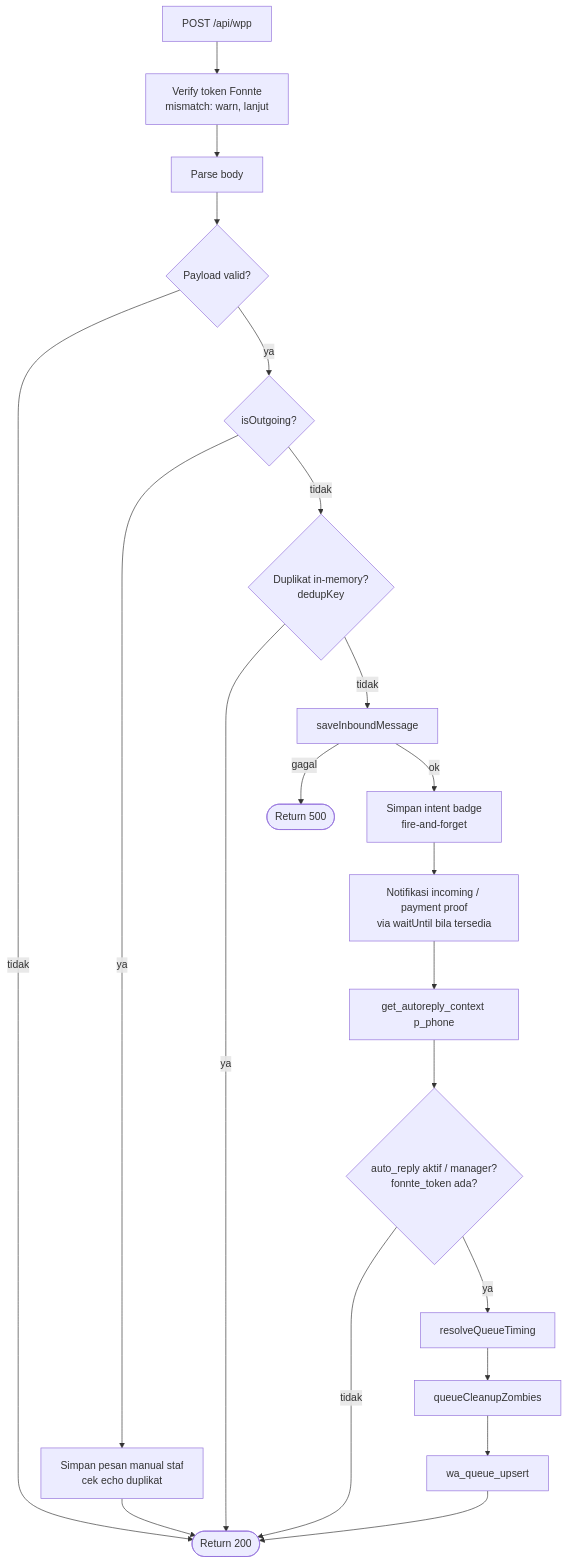
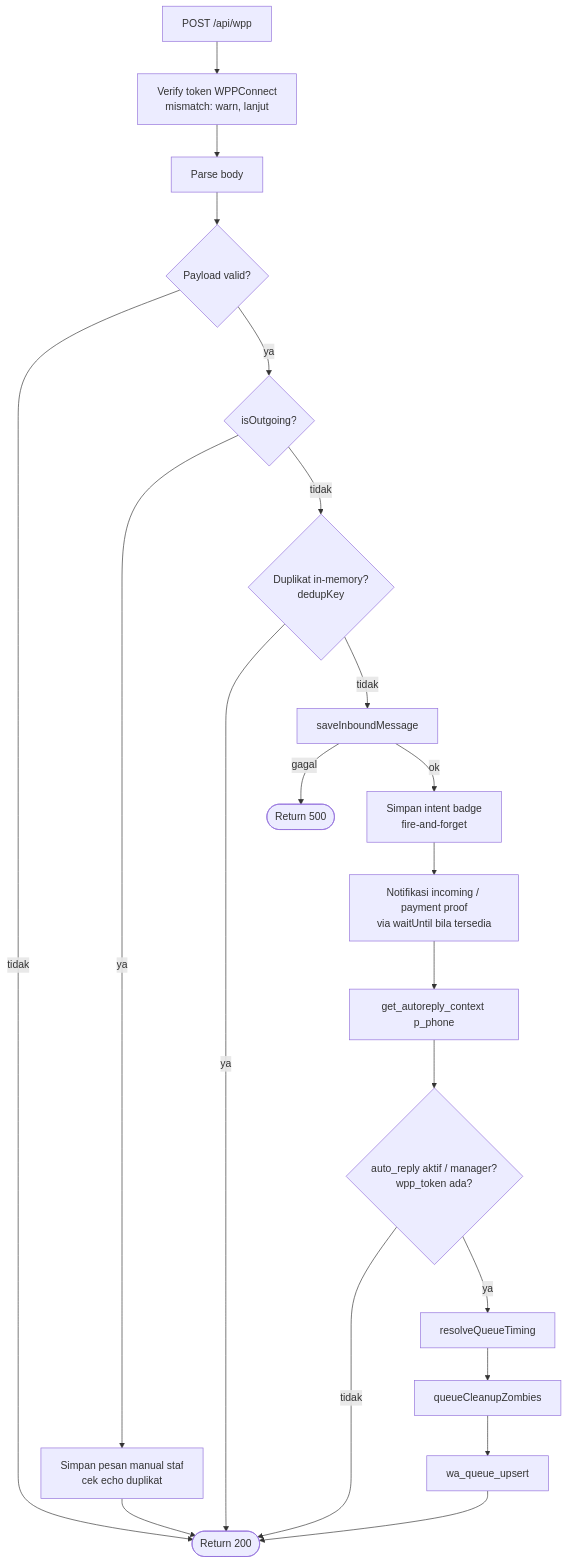
The first of 6 diagrams in docs/chatbot-flow.md (pomahguesthouse-cyber/new-pomah), drawn with Mermaid before and after one commit. The commit also changed other lines of this file and 1 other file, not shown here.

````diff
--- a/docs/chatbot-flow.md
+++ b/docs/chatbot-flow.md
@@ -16,22 +16,22 @@
 ```mermaid
 flowchart TD
-    A[POST /api/wpp] --> B[Verify token Fonnte<br/>mismatch: warn, lanjut]
+    A[POST /api/wpp] --> B[Verify token WPPConnect<br/>mismatch: warn, lanjut]
     B --> C[Parse body]
     C --> D{Payload valid?}
     D -- tidak --> Z([Return 200])
     D -- ya --> E{isOutgoing?}
     E -- ya --> E1[Simpan pesan manual staf<br/>cek echo duplikat] --> Z
     E -- tidak --> F{Duplikat in-memory?<br/>dedupKey}
     F -- ya --> Z
     F -- tidak --> G[saveInboundMessage]
     G -- gagal --> ERR([Return 500])
     G -- ok --> H[Simpan intent badge<br/>fire-and-forget]
     H --> N[Notifikasi incoming / payment proof<br/>via waitUntil bila tersedia]
     N --> I[get_autoreply_context p_phone]
-    I --> J{auto_reply aktif / manager?<br/>fonnte_token ada?}
+    I --> J{auto_reply aktif / manager?<br/>wpp_token ada?}
     J -- tidak --> Z
     J -- ya --> K[resolveQueueTiming]
     K --> L[queueCleanupZombies]
     L --> M[wa_queue_upsert]
     M --> Z
 ```
````
